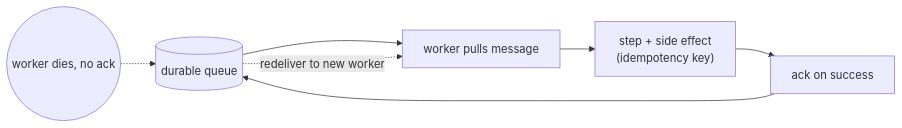
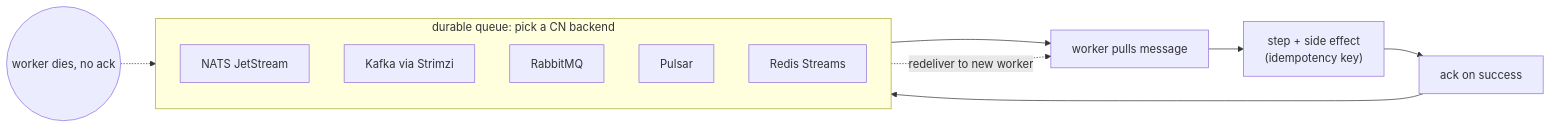
The third of 5 diagrams in examples/agents/A01-durable-agents/README.md (arun-gupta/the-pain-first-way), drawn with Mermaid before and after one commit. The commit also changed other lines of this file and 1 other file, not shown here.

Commit message:
Refine A.01: CN queue backends for option C, matrix only in the example
- Option C in the example README now shows the swappable cloud-native
  queue backends (NATS JetStream, Kafka via Strimzi, RabbitMQ, Pulsar,
  Redis Streams) in a diagram and list, plus KEDA for worker autoscaling.
- Pain prose drops SQS (not cloud native) for the same CN backends.
- Remove the five-option matrix from the pain; it lives, fully explained,
  in the example design doc instead.

````diff
--- a/examples/agents/A01-durable-agents/README.md
+++ b/examples/agents/A01-durable-agents/README.md
@@ -63,9 +72,17 @@
 ```mermaid
 flowchart LR
-  Q[(durable queue)] --> W[worker pulls message]
+  subgraph QUEUE ["durable queue: pick a CN backend"]
+    direction TB
+    NATS[NATS JetStream]
+    KAFKA[Kafka via Strimzi]
+    RMQ[RabbitMQ]
+    PULSAR[Pulsar]
+    REDIS[Redis Streams]
+  end
+  QUEUE --> W[worker pulls message]
   W --> STEP["step + side effect<br/>(idempotency key)"]
   STEP --> ACK[ack on success]
-  ACK --> Q
-  RESTART((worker dies, no ack)) -.-> Q
-  Q -.redeliver to new worker.-> W
+  ACK --> QUEUE
+  RST((worker dies, no ack)) -.-> QUEUE
+  QUEUE -.redeliver to new worker.-> W
 ```
````
